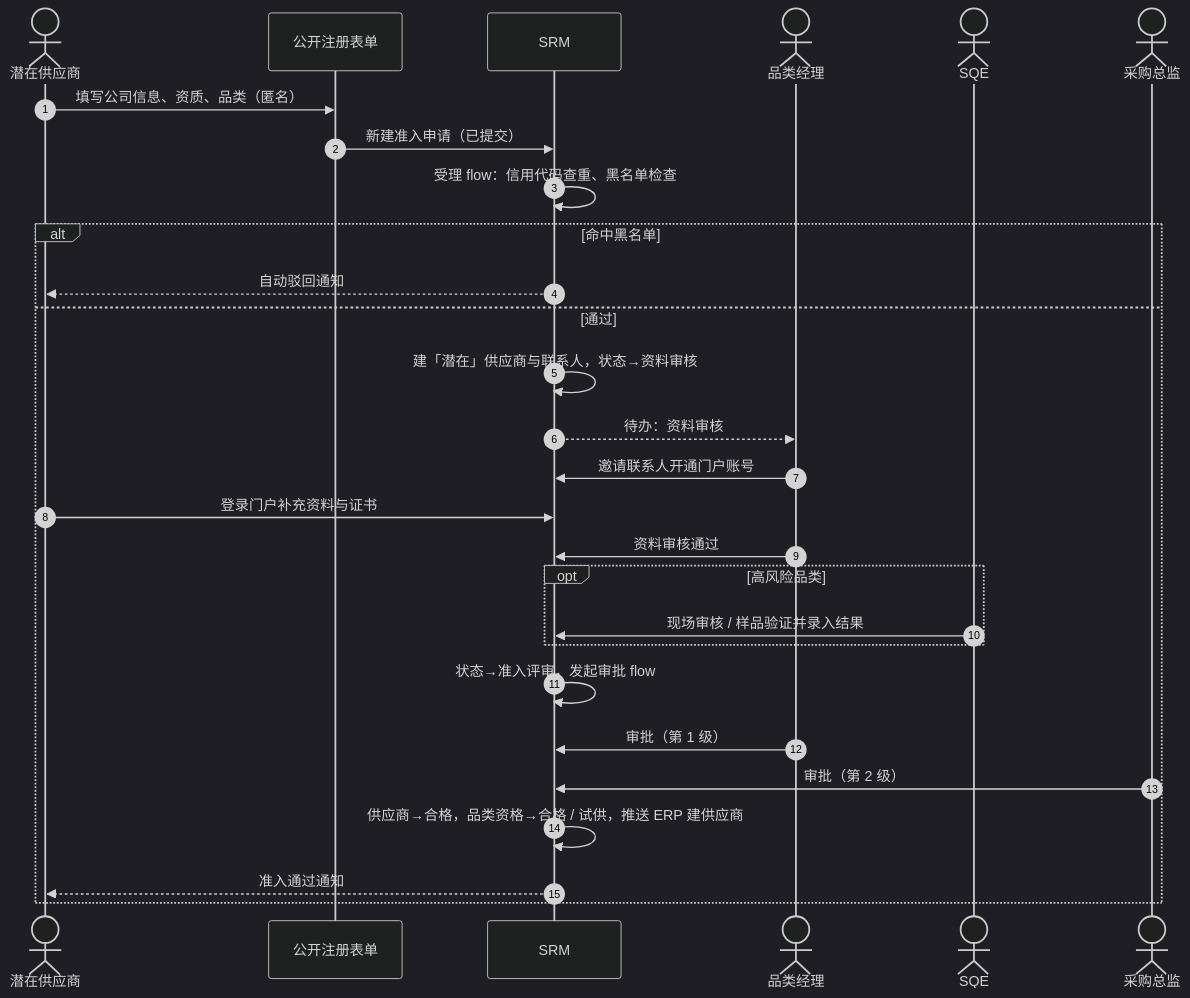
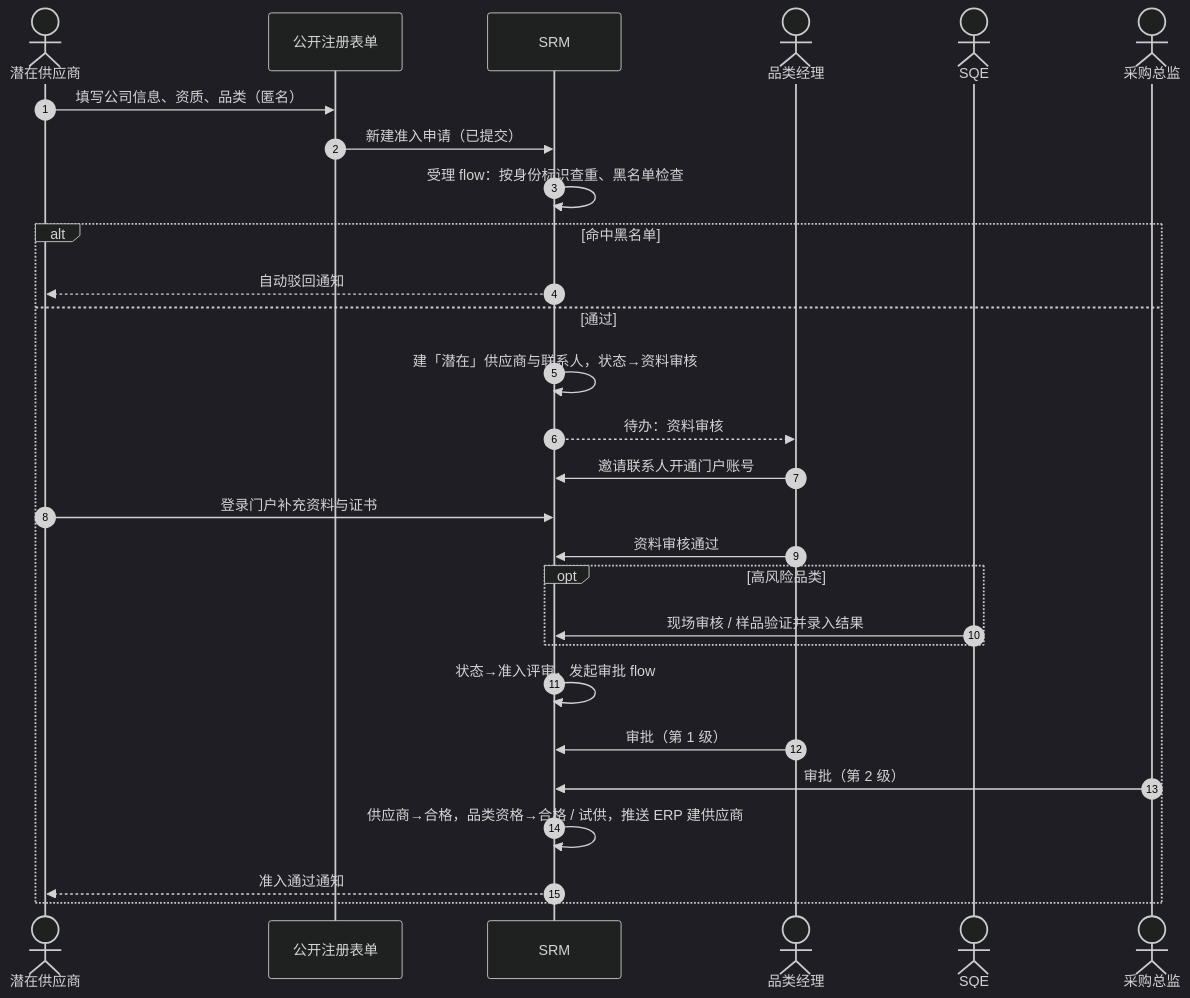
The first of 4 diagrams in docs/design/03-processes-and-automation.md (objectstack-ai/hotsrm), drawn with Mermaid (dark theme) before and after one commit. The commit also changed other lines of this file and 10 other files, not shown here.

````diff
--- a/docs/design/03-processes-and-automation.md
+++ b/docs/design/03-processes-and-automation.md
@@ -83,30 +83,30 @@
 ```mermaid
 sequenceDiagram
   autonumber
   actor V as 潜在供应商
   participant F as 公开注册表单
   participant S as SRM
   actor CM as 品类经理
   actor Q as SQE
   actor D as 采购总监
   V->>F: 填写公司信息、资质、品类（匿名）
   F->>S: 新建准入申请（已提交）
-  S->>S: 受理 flow：信用代码查重、黑名单检查
+  S->>S: 受理 flow：按身份标识查重、黑名单检查
   alt 命中黑名单
     S-->>V: 自动驳回通知
   else 通过
     S->>S: 建「潜在」供应商与联系人，状态→资料审核
     S-->>CM: 待办：资料审核
     CM->>S: 邀请联系人开通门户账号
     V->>S: 登录门户补充资料与证书
     CM->>S: 资料审核通过
     opt 高风险品类
       Q->>S: 现场审核 / 样品验证并录入结果
     end
     S->>S: 状态→准入评审，发起审批 flow
     CM->>S: 审批（第 1 级）
     D->>S: 审批（第 2 级）
     S->>S: 供应商→合格，品类资格→合格 / 试供，推送 ERP 建供应商
     S-->>V: 准入通过通知
   end
 ```
````
